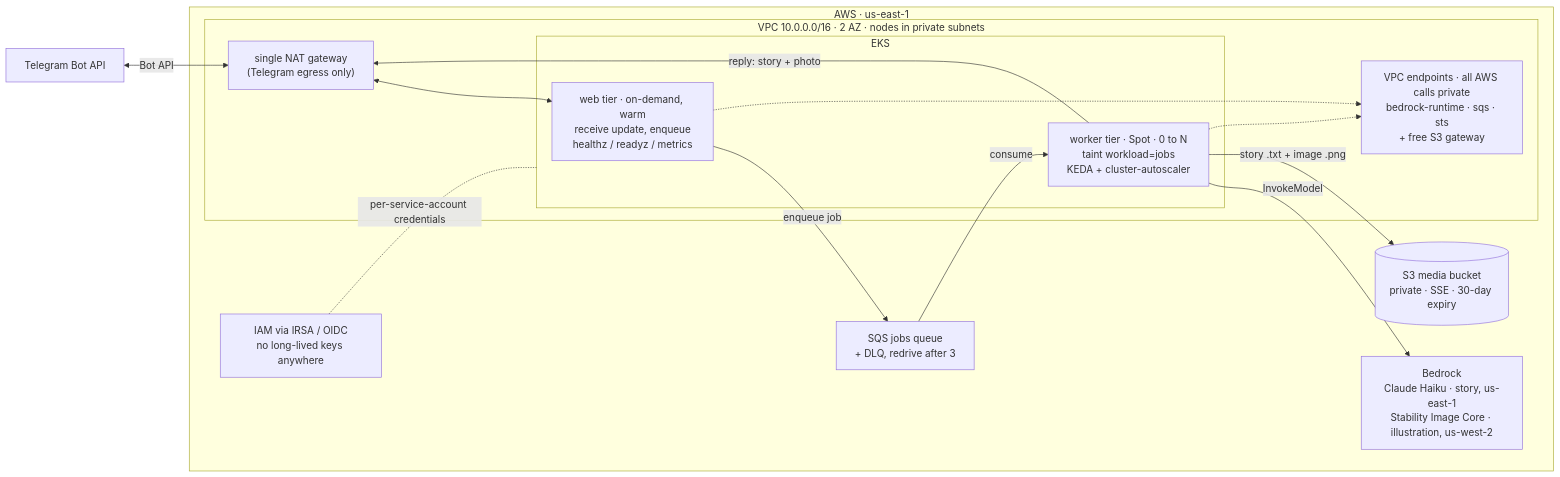
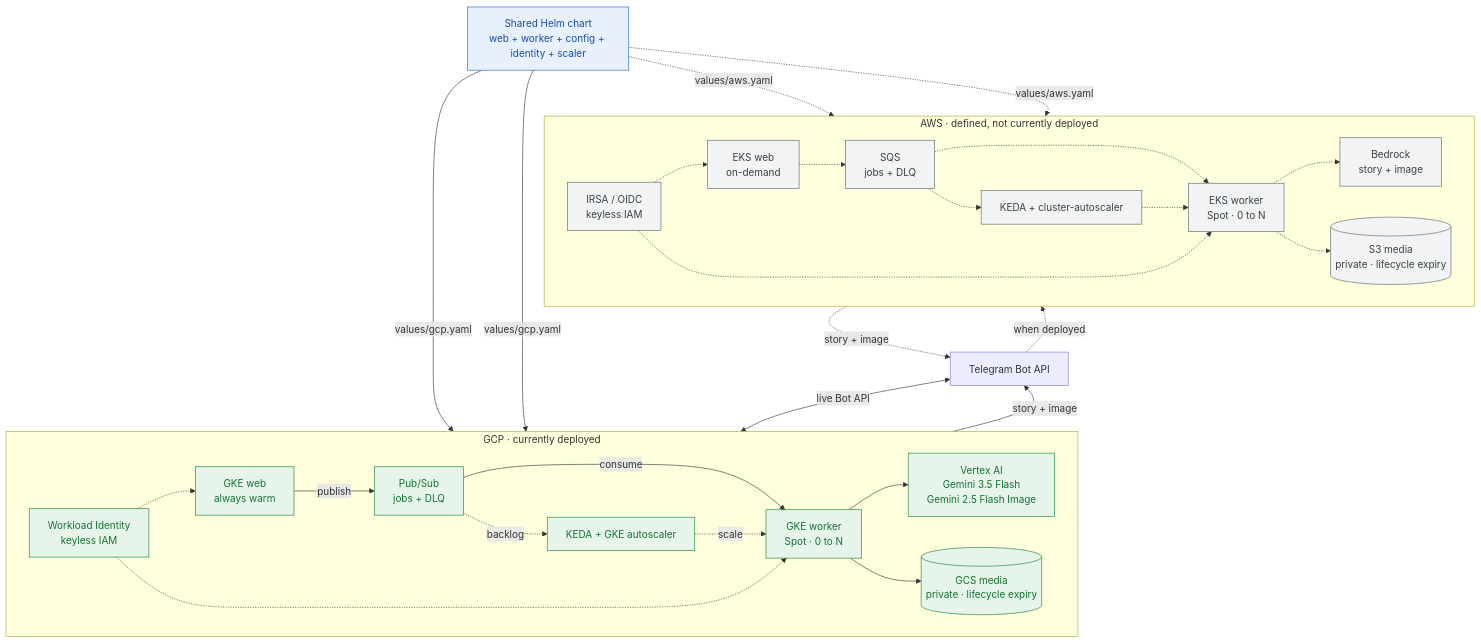
One commit to davgrits/ai-family-media-bot changed the diagram in README.md. Above: the diagram before and after it, drawn with Mermaid. The commit also changed other lines of this file and 2 other files, not shown here.

Commit message:
Update documentation for live GCP deployment

````diff
--- a/README.md
+++ b/README.md
@@ -24,30 +29,61 @@
 ```mermaid
-flowchart LR
+flowchart TB
     TG["Telegram Bot API"]
+    HELM["Shared Helm chart<br/>web + worker + config + identity + scaler"]
 
-    subgraph AWS["AWS · us-east-1"]
-        subgraph VPC["VPC 10.0.0.0/16 · 2 AZ · nodes in private subnets"]
-            NAT["single NAT gateway<br/>(Telegram egress only)"]
-            subgraph EKS["EKS"]
-                WEB["web tier · on-demand, warm<br/>receive update, enqueue<br/>healthz / readyz / metrics"]
-                WRK["worker tier · Spot · 0 to N<br/>taint workload=jobs<br/>KEDA + cluster-autoscaler"]
-            end
-            VPCE["VPC endpoints · all AWS calls private<br/>bedrock-runtime · sqs · sts<br/>+ free S3 gateway"]
-        end
-        SQS["SQS jobs queue<br/>+ DLQ, redrive after 3"]
-        BR["Bedrock<br/>Claude Haiku · story, us-east-1<br/>Stability Image Core · illustration, us-west-2"]
-        S3[("S3 media bucket<br/>private · SSE · 30-day expiry")]
-        IRSA["IAM via IRSA / OIDC<br/>no long-lived keys anywhere"]
+    subgraph GCP["GCP · currently deployed"]
+        direction LR
+        GWEB["GKE web<br/>always warm"]
+        GPS["Pub/Sub<br/>jobs + DLQ"]
+        GKEDA["KEDA + GKE autoscaler"]
+        GWRK["GKE worker<br/>Spot · 0 to N"]
+        GAI["Vertex AI<br/>Gemini 3.5 Flash<br/>Gemini 2.5 Flash Image"]
+        GCS[("GCS media<br/>private · lifecycle expiry")]
+        GWI["Workload Identity<br/>keyless IAM"]
     end
 
-    TG <-->|Bot API| NAT
-    NAT <--> WEB
-    WEB -->|enqueue job| SQS
-    SQS -->|consume| WRK
-    WRK -->|InvokeModel| BR
-    WRK -->|story .txt + image .png| S3
-    WRK -->|reply: story + photo| NAT
-    WEB -.-> VPCE
-    WRK -.-> VPCE
-    IRSA -. per-service-account credentials .- EKS
+    subgraph AWS["AWS · defined, not currently deployed"]
+        direction LR
+        AWEB["EKS web<br/>on-demand"]
+        ASQS["SQS<br/>jobs + DLQ"]
+        AKEDA["KEDA + cluster-autoscaler"]
+        AWRK["EKS worker<br/>Spot · 0 to N"]
+        ABR["Bedrock<br/>story + image"]
+        AS3[("S3 media<br/>private · lifecycle expiry")]
+        AIRSA["IRSA / OIDC<br/>keyless IAM"]
+    end
+
+    HELM -->|"values/gcp.yaml"| GWEB
+    HELM -->|"values/gcp.yaml"| GWRK
+    HELM -.->|"values/aws.yaml"| AWEB
+    HELM -.->|"values/aws.yaml"| AWRK
+
+    TG <-->|"live Bot API"| GWEB
+    GWEB -->|"publish"| GPS
+    GPS -->|"consume"| GWRK
+    GPS -.->|"backlog"| GKEDA
+    GKEDA -.->|"scale"| GWRK
+    GWRK --> GAI
+    GWRK --> GCS
+    GWRK -->|"story + image"| TG
+    GWI -.-> GWEB
+    GWI -.-> GWRK
+
+    TG -.->|"when deployed"| AWEB
+    AWEB -.-> ASQS
+    ASQS -.-> AWRK
+    ASQS -.-> AKEDA
+    AKEDA -.-> AWRK
+    AWRK -.-> ABR
+    AWRK -.-> AS3
+    AWRK -.->|"story + image"| TG
+    AIRSA -.-> AWEB
+    AIRSA -.-> AWRK
+
+    classDef shared fill:#e8f0fe,stroke:#1967d2,color:#174ea6
+    classDef live fill:#e6f4ea,stroke:#188038,color:#137333
+    classDef available fill:#f1f3f4,stroke:#5f6368,color:#3c4043
+    class HELM shared
+    class GWEB,GPS,GKEDA,GWRK,GAI,GCS,GWI live
+    class AWEB,ASQS,AKEDA,AWRK,ABR,AS3,AIRSA available
 ```
````
